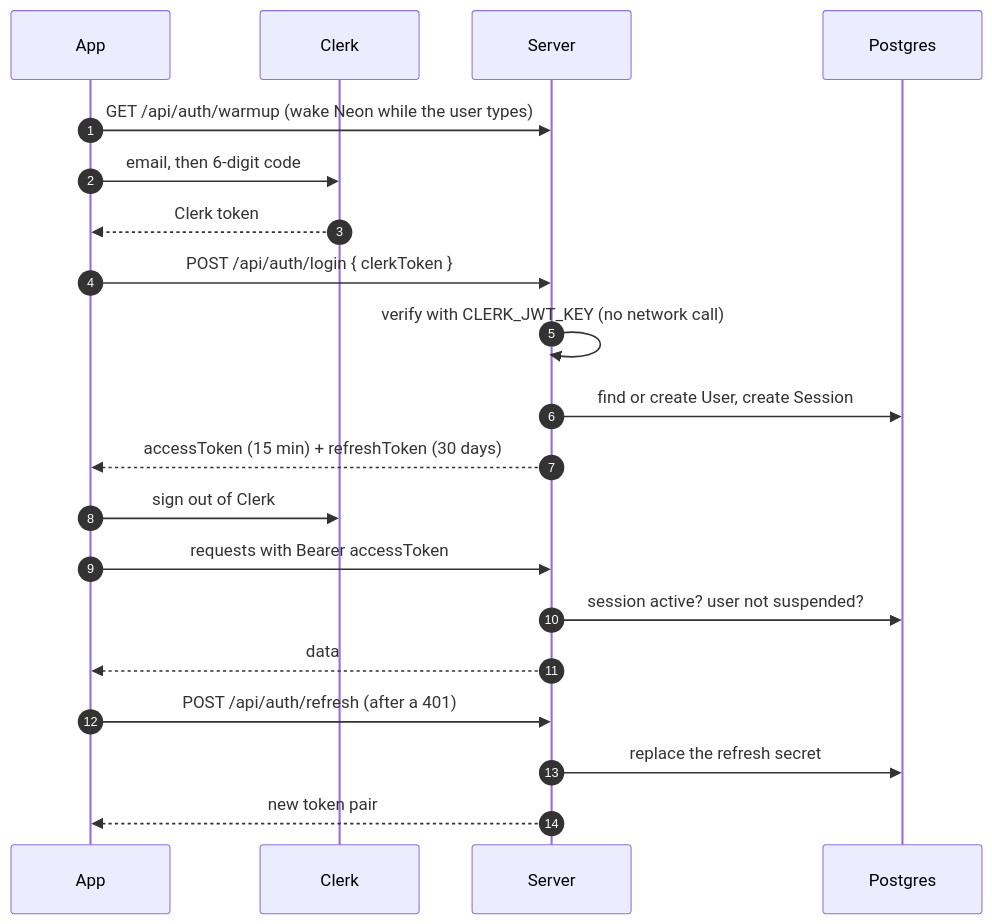
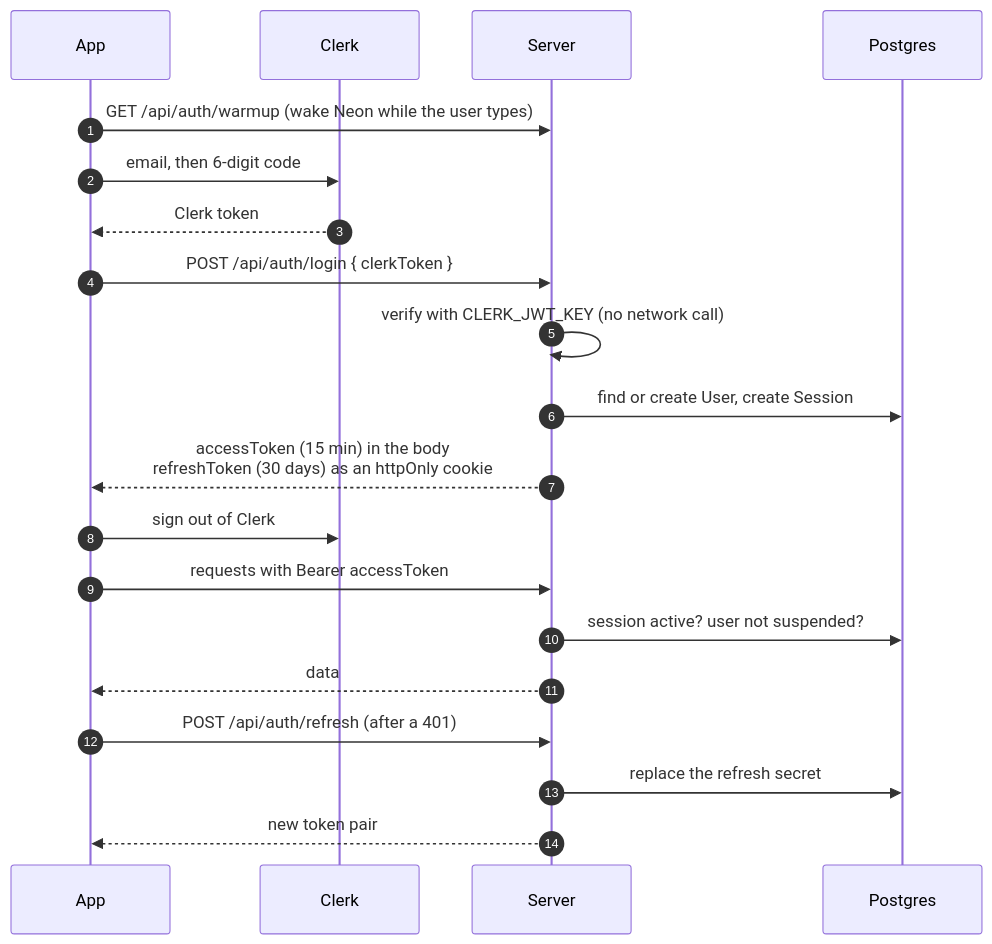
Before and after one commit to yatinsingh2007/HopShare: the fifth of 14 diagrams in README.md, drawn with Mermaid. The commit also changed other lines of this file and 7 other files, not shown here.

First line of the commit message:
feat: refresh token in an httpOnly cookie, access token in AsyncStorage

````diff
--- a/README.md
+++ b/README.md
@@ -220,25 +220,25 @@
 ```mermaid
 sequenceDiagram
     autonumber
     participant App
     participant Clerk
     participant API as Server
     participant DB as Postgres
 
     App->>API: GET /api/auth/warmup (wake Neon while the user types)
     App->>Clerk: email, then 6-digit code
     Clerk-->>App: Clerk token
     App->>API: POST /api/auth/login { clerkToken }
     API->>API: verify with CLERK_JWT_KEY (no network call)
     API->>DB: find or create User, create Session
-    API-->>App: accessToken (15 min) + refreshToken (30 days)
+    API-->>App: accessToken (15 min) in the body<br/>refreshToken (30 days) as an httpOnly cookie
     App->>Clerk: sign out of Clerk
 
     App->>API: requests with Bearer accessToken
     API->>DB: session active? user not suspended?
     API-->>App: data
 
     App->>API: POST /api/auth/refresh (after a 401)
     API->>DB: replace the refresh secret
     API-->>App: new token pair
 ```
````
